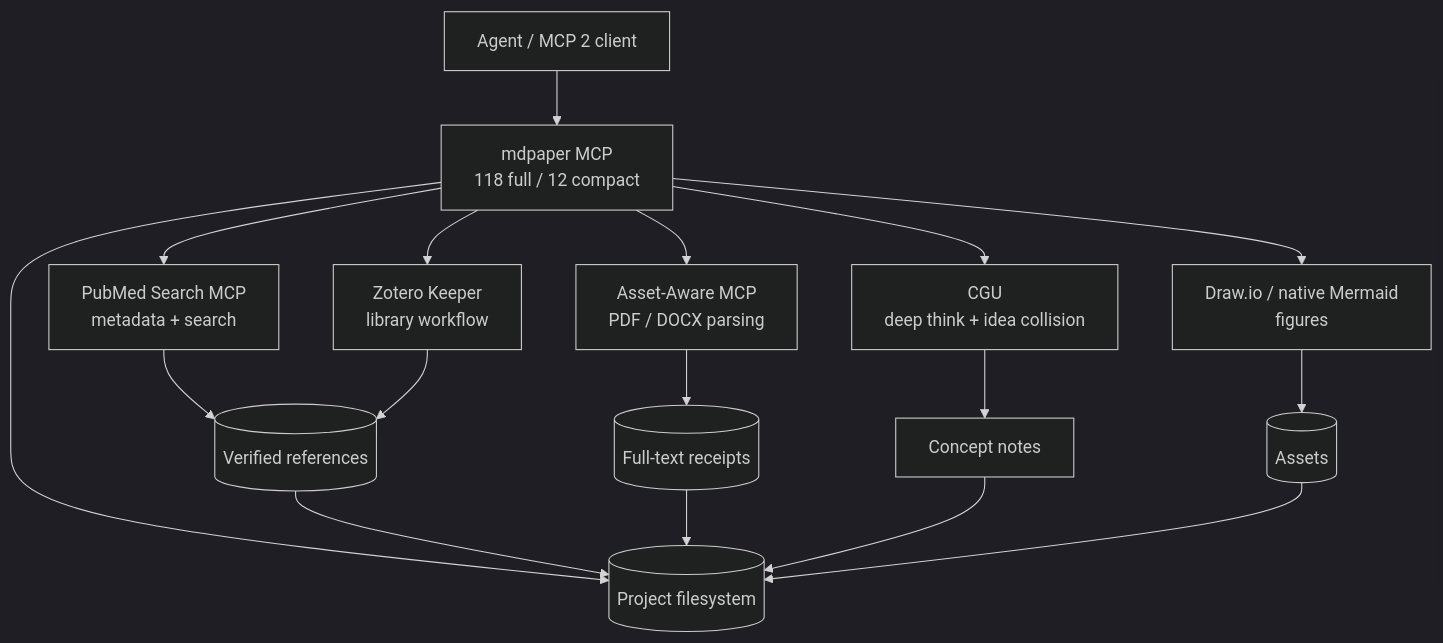
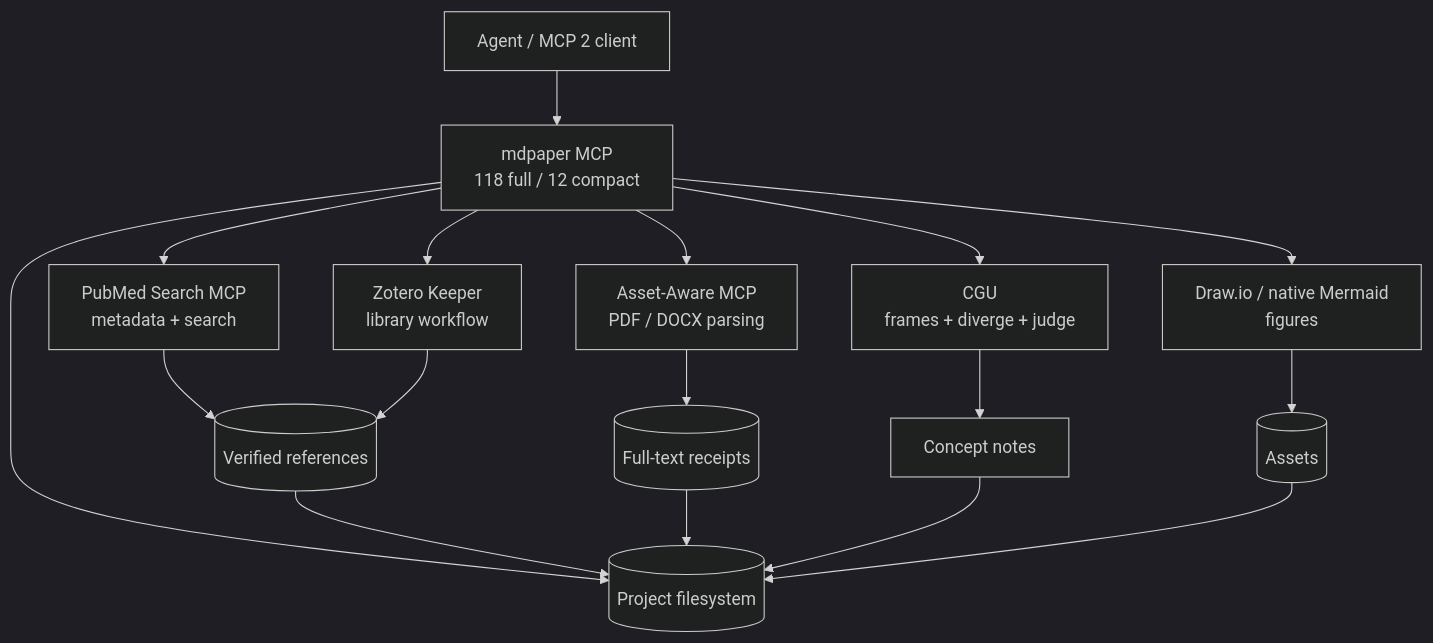
The first of 4 diagrams in docs/wiki/mcp-ecosystem.md (u9401066/med-paper-assistant), drawn with Mermaid (dark theme) before and after one commit. The commit also changed other lines of this file and 197 other files, not shown here.

````diff
--- a/docs/wiki/mcp-ecosystem.md
+++ b/docs/wiki/mcp-ecosystem.md
@@ -7,17 +7,17 @@
 ```mermaid
 flowchart TB
     Agent[Agent / MCP 2 client] --> MDP[mdpaper MCP<br/>118 full / 12 compact]
     MDP --> PubMed[PubMed Search MCP<br/>metadata + search]
     MDP --> Asset[Asset-Aware MCP<br/>PDF / DOCX parsing]
     MDP --> Zotero[Zotero Keeper<br/>library workflow]
-    MDP --> CGU[CGU<br/>deep think + idea collision]
+    MDP --> CGU[CGU<br/>frames + diverge + judge]
     MDP --> Draw[Draw.io / native Mermaid<br/>figures]
     MDP --> Files[(Project filesystem)]
 
     PubMed --> Verified[(Verified references)]
     Asset --> Fulltext[(Full-text receipts)]
     Zotero --> Verified
     CGU --> Concept[Concept notes]
     Draw --> Assets[(Assets)]
     Verified & Fulltext & Concept & Assets --> Files
 ```
````
